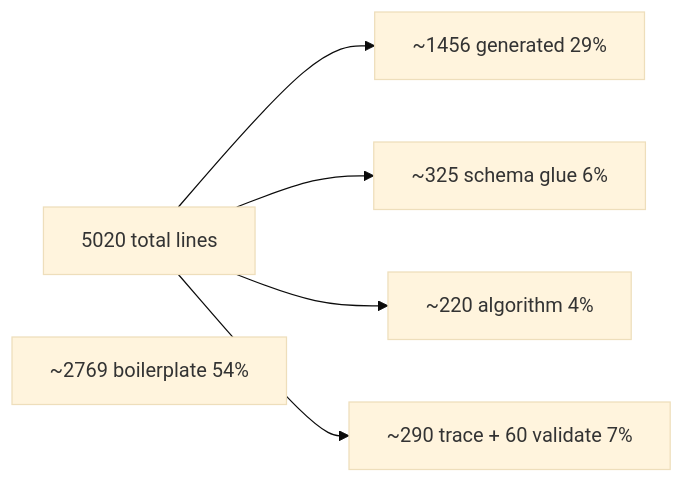
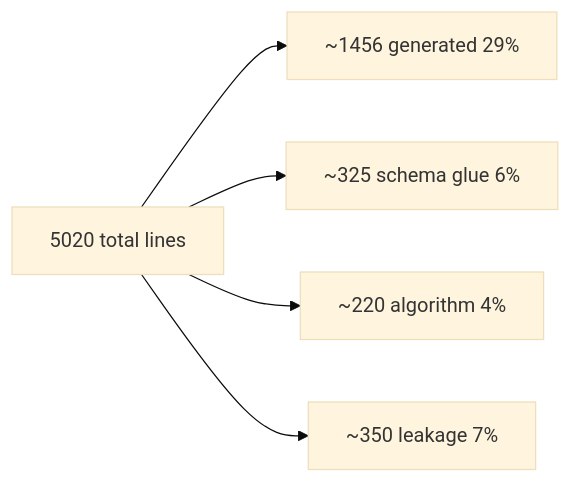
The second of 2 diagrams in reports/designer/466-triad-engine-honesty-situation-2026-06-01/1-schema-honesty-audit.md (LiGoldragon/primary), drawn with Mermaid (base theme) before and after one commit. The commit also changed other lines of this file, not shown here.

Commit message:
466.1: schema honesty audit

````diff
--- a/reports/designer/466-triad-engine-honesty-situation-2026-06-01/1-schema-honesty-audit.md
+++ b/reports/designer/466-triad-engine-honesty-situation-2026-06-01/1-schema-honesty-audit.md
@@ -52,13 +52,12 @@
 ```mermaid
 flowchart LR
     Total[5020 total lines]
     Generated[~1456 generated 29%]
     Glue[~325 schema glue 6%]
     Algorithm[~220 algorithm 4%]
-    Leakage[~290 trace + 60 validate 7%]
-    Framework[~2769 boilerplate 54%]
+    Leakage[~350 leakage 7%]
     Total --> Generated
     Total --> Glue
     Total --> Algorithm
     Total --> Leakage
 ```
````
